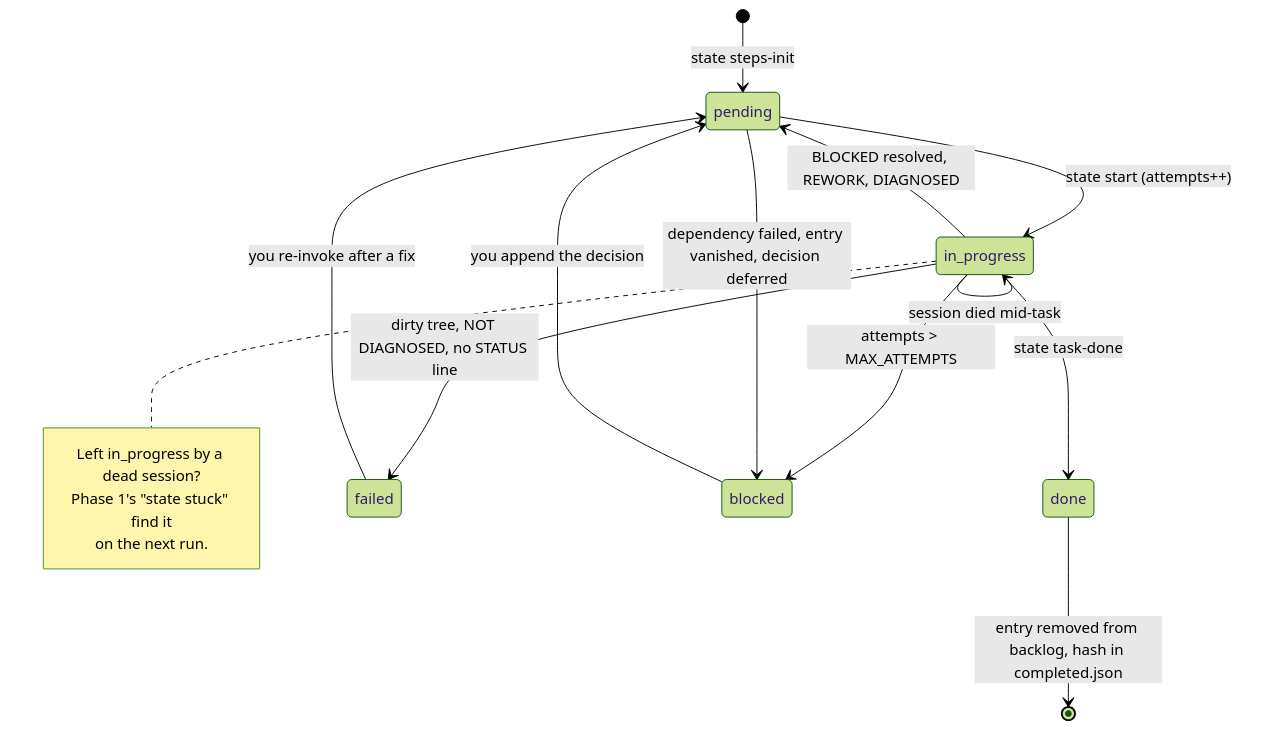
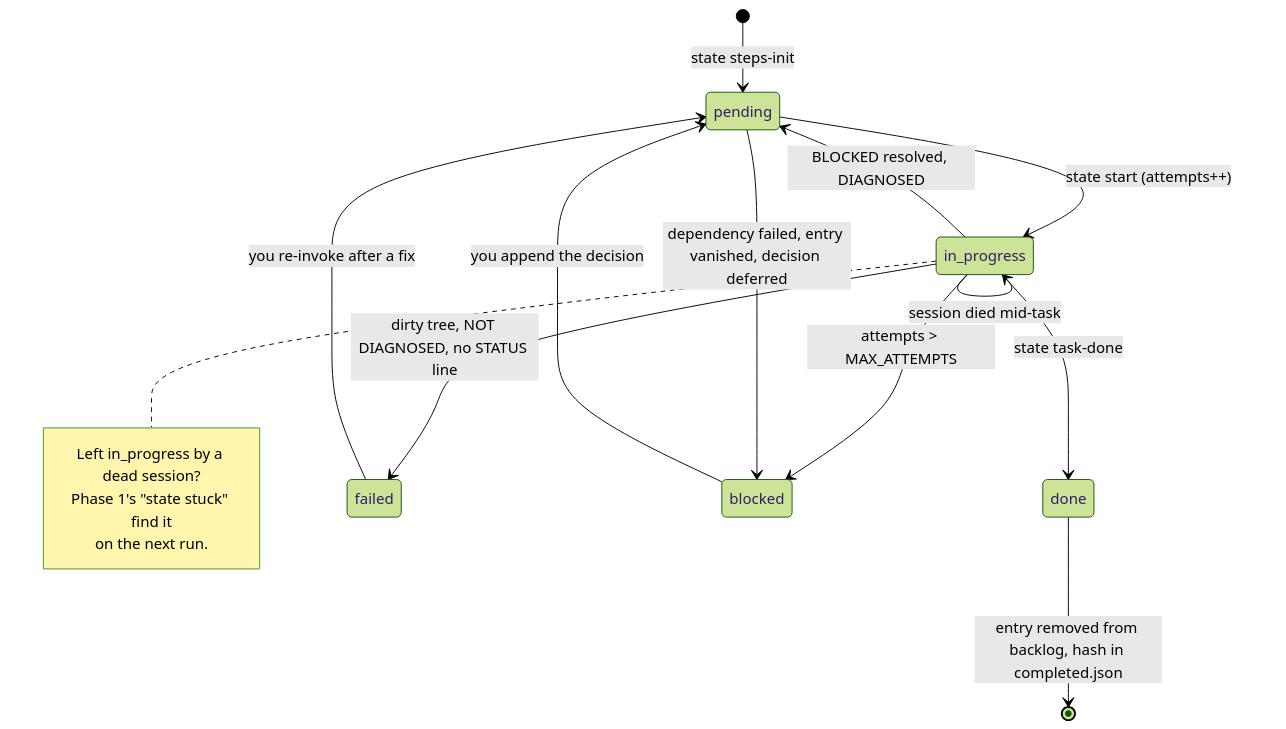
Before and after one commit to shortcuts/radin: the fourth of 5 diagrams in README.md, drawn with Mermaid (forest theme). The commit also changed other lines of this file and 13 other files, not shown here.

````diff
--- a/README.md
+++ b/README.md
@@ -430,19 +420,19 @@
 ```mermaid
 stateDiagram-v2
     [*] --> pending: state steps-init
     pending --> in_progress: state start (attempts++)
     in_progress --> done: state task-done
-    in_progress --> pending: BLOCKED resolved, REWORK, DIAGNOSED
+    in_progress --> pending: BLOCKED resolved, DIAGNOSED
     in_progress --> failed: dirty tree, NOT DIAGNOSED, no STATUS line
     in_progress --> blocked: attempts > MAX_ATTEMPTS
     pending --> blocked: dependency failed, entry vanished, decision deferred
     in_progress --> in_progress: session died mid-task
     failed --> pending: you re-invoke after a fix
     blocked --> pending: you append the decision
     done --> [*]: entry removed from backlog, hash in completed.json
     note right of in_progress
         Left in_progress by a dead session?
         Phase 1's "state stuck" find it
         on the next run.
     end note
 ```
````
